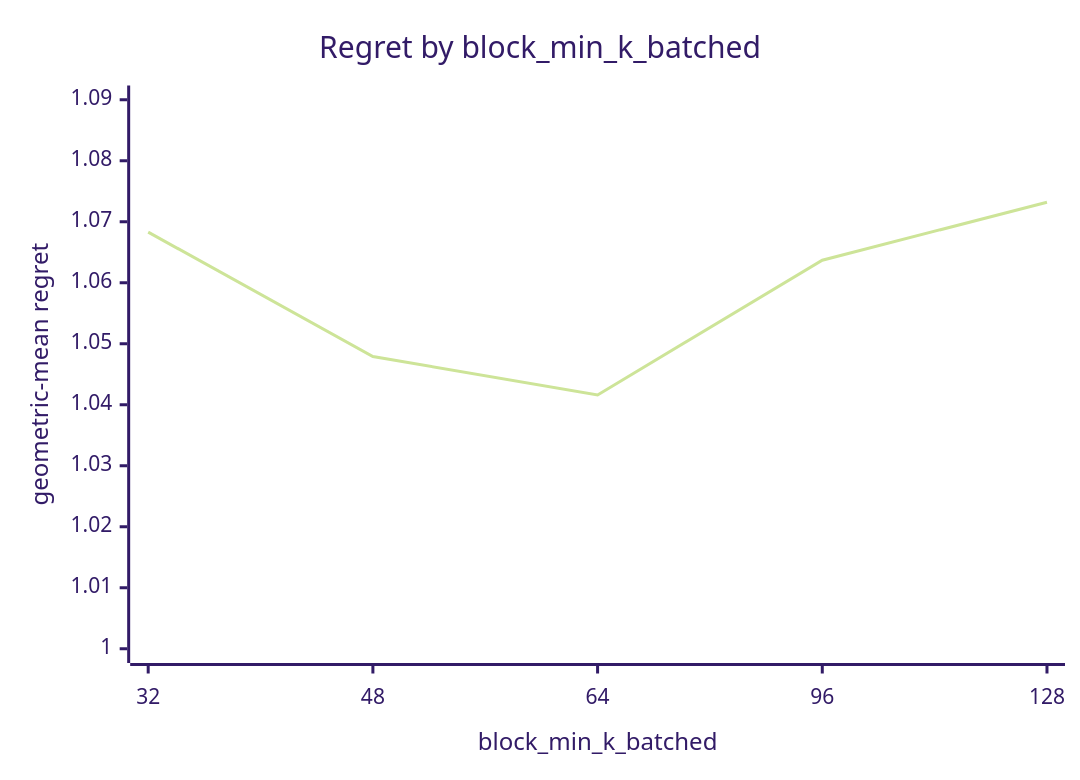
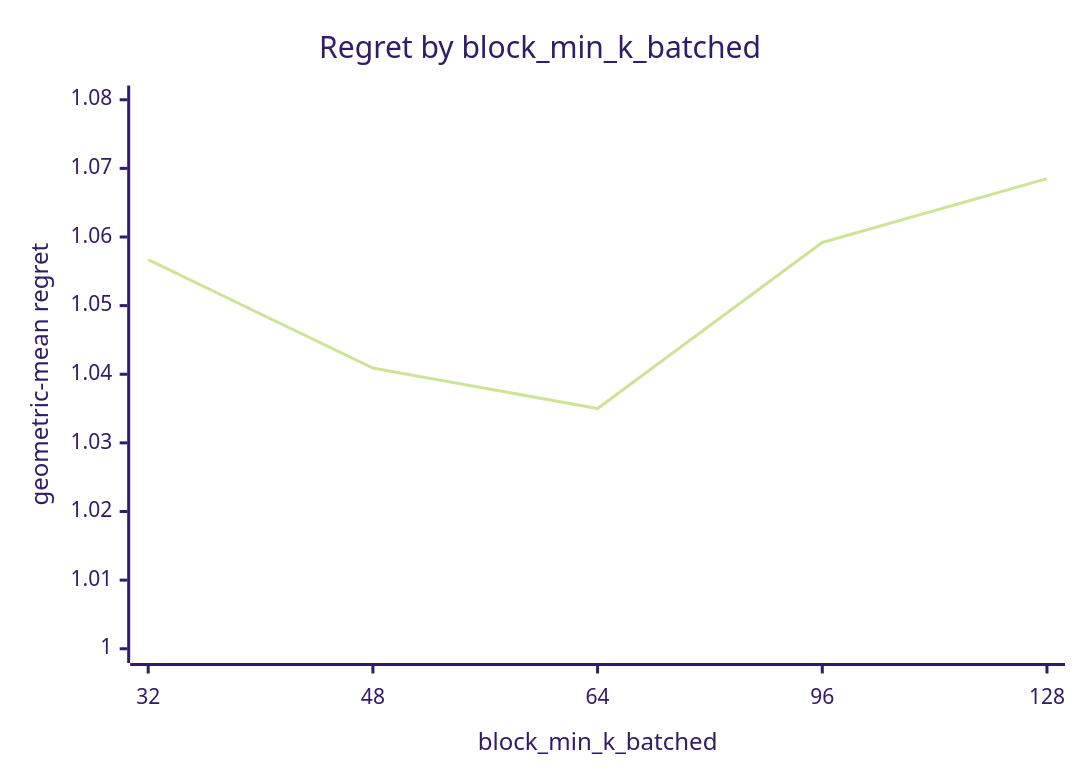
The second of 8 diagrams in docs/results/apple-m5-pro-20gpu/combined/svd/report.md (c0rmac/metal-linalg), drawn with Mermaid (forest theme) before and after one commit. The commit also changed other lines of this file and 9 other files, not shown here.

````diff
--- a/docs/results/apple-m5-pro-20gpu/combined/svd/report.md
+++ b/docs/results/apple-m5-pro-20gpu/combined/svd/report.md
@@ -65,7 +66,7 @@
 ```mermaid
 xychart-beta
     title "Regret by block_min_k_batched"
     x-axis "block_min_k_batched" [32, 48, 64, 96, 128]
-    y-axis "geometric-mean regret" 1.0 --> 1.09
-    line [1.0683, 1.0479, 1.0416, 1.0637, 1.0732]
+    y-axis "geometric-mean regret" 1.0 --> 1.08
+    line [1.0567, 1.0409, 1.0350, 1.0592, 1.0685]
 ```
````
